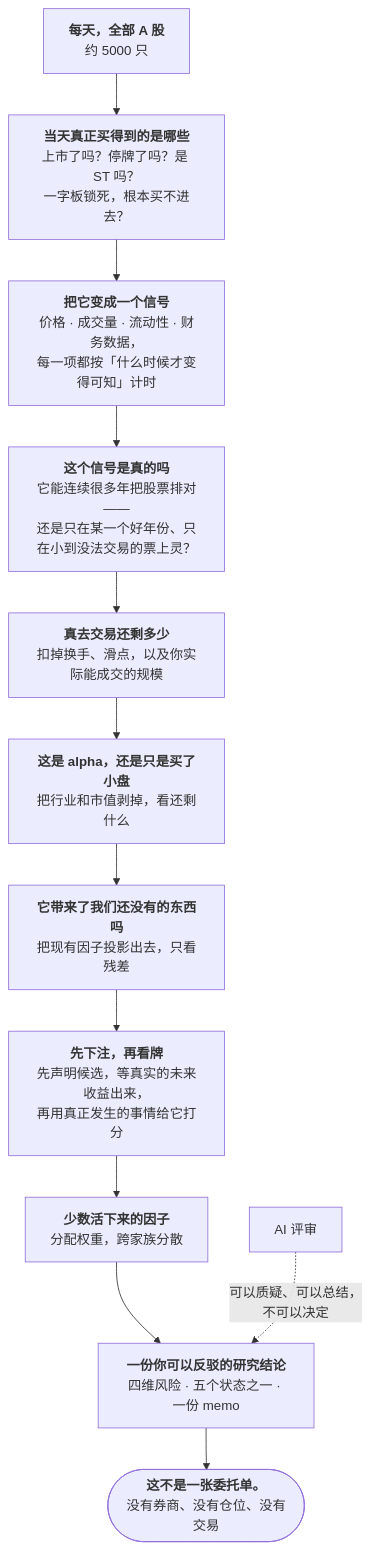
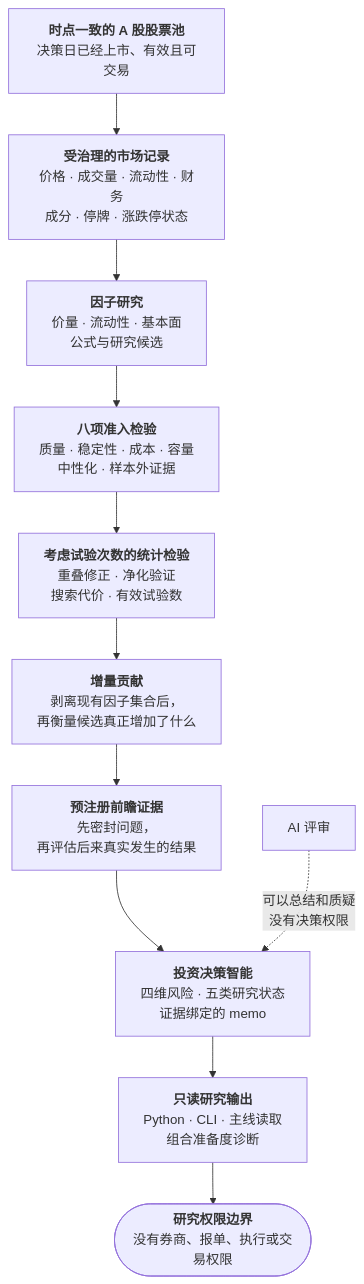
Before and after one commit to alpha-mw/myQuant: the diagram in README.zh-CN.md, drawn with Mermaid. The commit also changed other lines of this file and 1 other file, not shown here.

````diff
--- a/README.zh-CN.md
+++ b/README.zh-CN.md
@@ -66,18 +48,17 @@
 ```mermaid
 flowchart TD
-    U["<b>每天，全部 A 股</b><br/>约 5000 只"]
-    P["<b>当天真正买得到的是哪些</b><br/>上市了吗？停牌了吗？是 ST 吗？<br/>一字板锁死，根本买不进去？"]
-    S["<b>把它变成一个信号</b><br/>价格 · 成交量 · 流动性 · 财务数据，<br/>每一项都按「什么时候才变得可知」计时"]
-    E["<b>这个信号是真的吗</b><br/>它能连续很多年把股票排对——<br/>还是只在某一个好年份、只在小到没法交易的票上灵？"]
-    K["<b>真去交易还剩多少</b><br/>扣掉换手、滑点，以及你实际能成交的规模"]
-    N["<b>这是 alpha，还是只是买了小盘</b><br/>把行业和市值剥掉，看还剩什么"]
-    X["<b>它带来了我们还没有的东西吗</b><br/>把现有因子投影出去，只看残差"]
-    W["<b>先下注，再看牌</b><br/>先声明候选，等真实的未来收益出来，<br/>再用真正发生的事情给它打分"]
-    R["<b>少数活下来的因子</b><br/>分配权重，跨家族分散"]
-    J["<b>一份你可以反驳的研究结论</b><br/>四维风险 · 五个状态之一 · 一份 memo"]
-    Z(["<b>这不是一张委托单。</b><br/>没有券商、没有仓位、没有交易"])
+    U["<b>时点一致的 A 股股票池</b><br/>决策日已经上市、有效且可交易"]
+    D["<b>受治理的市场记录</b><br/>价格 · 成交量 · 流动性 · 财务<br/>成分 · 停牌 · 涨跌停状态"]
+    F["<b>因子研究</b><br/>价量 · 流动性 · 基本面<br/>公式与研究候选"]
+    G["<b>八项准入检验</b><br/>质量 · 稳定性 · 成本 · 容量<br/>中性化 · 样本外证据"]
+    T["<b>考虑试验次数的统计检验</b><br/>重叠修正 · 净化验证<br/>搜索代价 · 有效试验数"]
+    I["<b>增量贡献</b><br/>剥离现有因子集合后，<br/>再衡量候选真正增加了什么"]
+    W["<b>预注册前瞻证据</b><br/>先密封问题，<br/>再评估后来真实发生的结果"]
+    J["<b>投资决策智能</b><br/>四维风险 · 五类研究状态<br/>证据绑定的 memo"]
+    O["<b>只读研究输出</b><br/>Python · CLI · 主线读取<br/>组合准备度诊断"]
+    Z(["<b>研究权限边界</b><br/>没有券商、报单、执行或交易权限"])
 
-    U --> P --> S --> E --> K --> N --> X --> W --> R --> J --> Z
+    U --> D --> F --> G --> T --> I --> W --> J --> O --> Z
 
-    LLM["AI 评审"] -. "可以质疑、可以总结，<br/>不可以决定" .-> J
+    LLM["AI 评审"] -. "可以总结和质疑<br/>没有决策权限" .-> J
 ```
````
